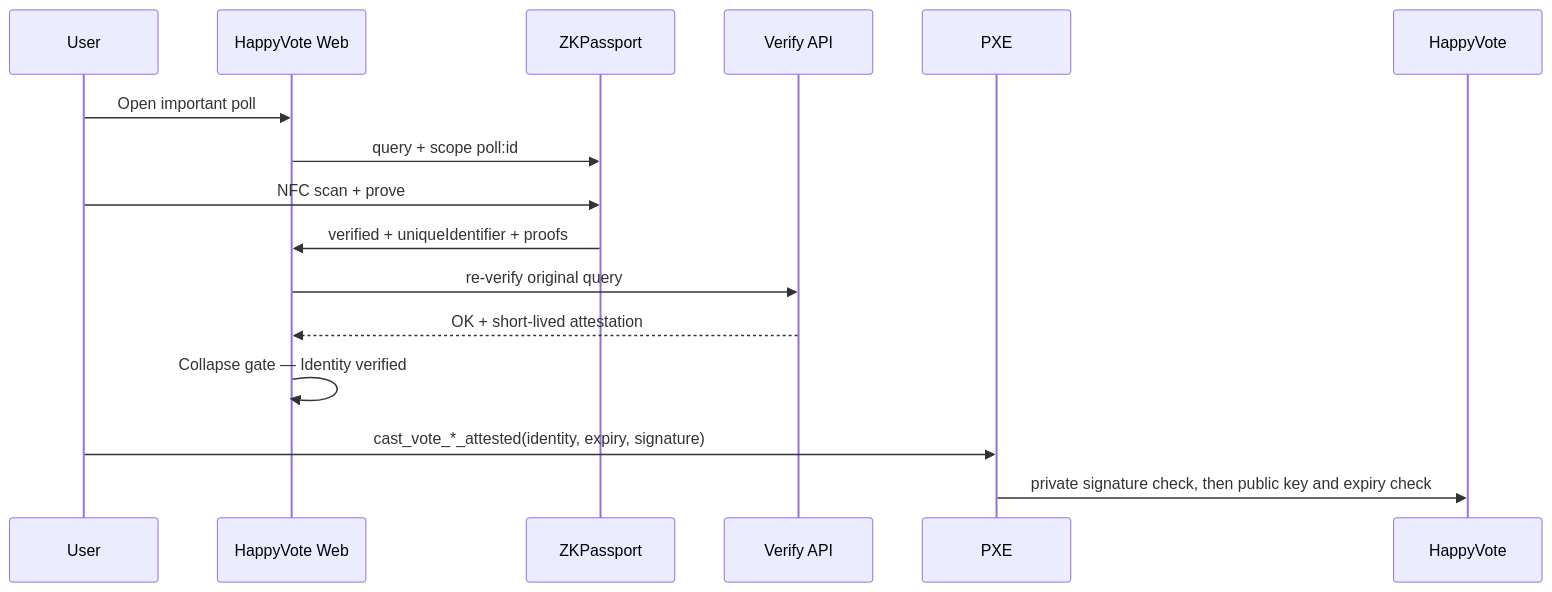
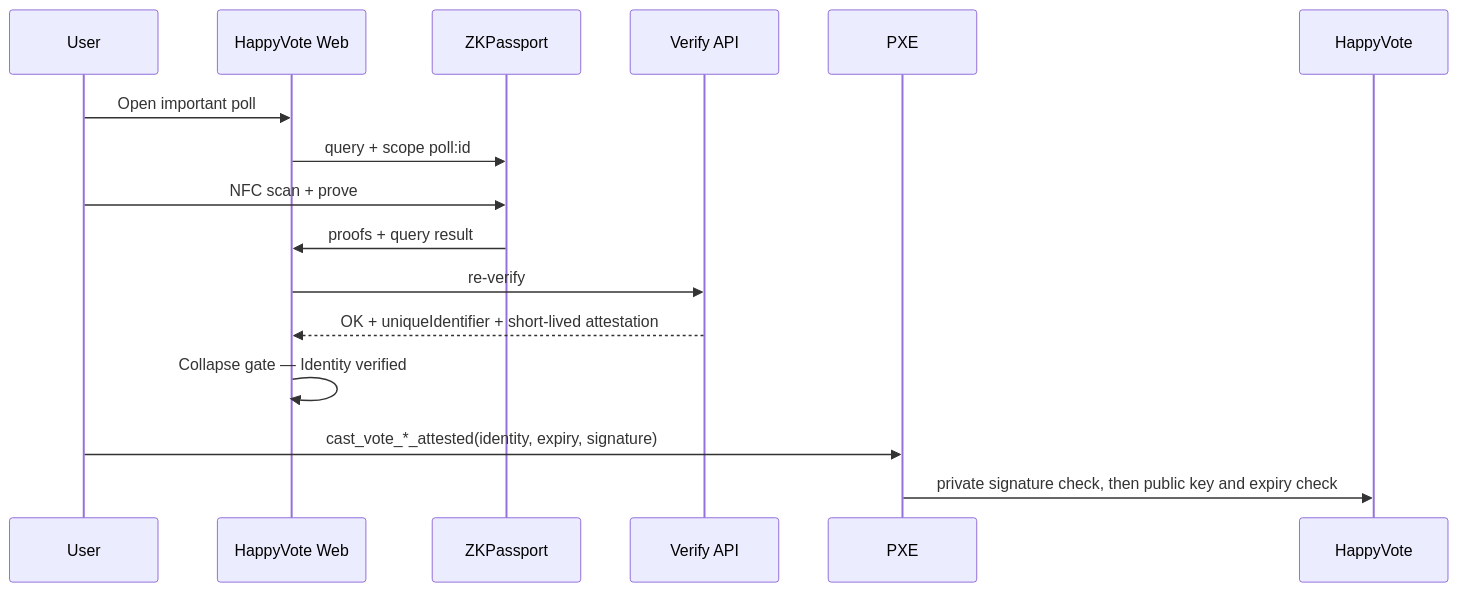
The diagram in docs/en/04-ZKPASSPORT.md (pittpv/happy-vote-aztec), drawn with Mermaid before and after one commit. The commit also changed other lines of this file and 19 other files, not shown here.

````diff
--- a/docs/en/04-ZKPASSPORT.md
+++ b/docs/en/04-ZKPASSPORT.md
@@ -50,19 +70,19 @@
 ```mermaid
 sequenceDiagram
   participant U as User
   participant UI as HappyVote Web
   participant Z as ZKPassport
   participant API as Verify API
   participant PXE as PXE
   participant C as HappyVote
 
   U->>UI: Open important poll
   UI->>Z: query + scope poll:id
   U->>Z: NFC scan + prove
-  Z->>UI: verified + uniqueIdentifier + proofs
-  UI->>API: re-verify original query
-  API-->>UI: OK + short-lived attestation
+  Z->>UI: proofs + query result
+  UI->>API: re-verify
+  API-->>UI: OK + uniqueIdentifier + short-lived attestation
   UI->>UI: Collapse gate — Identity verified
   U->>PXE: cast_vote_*_attested(identity, expiry, signature)
   PXE->>C: private signature check, then public key and expiry check
 ```
````
